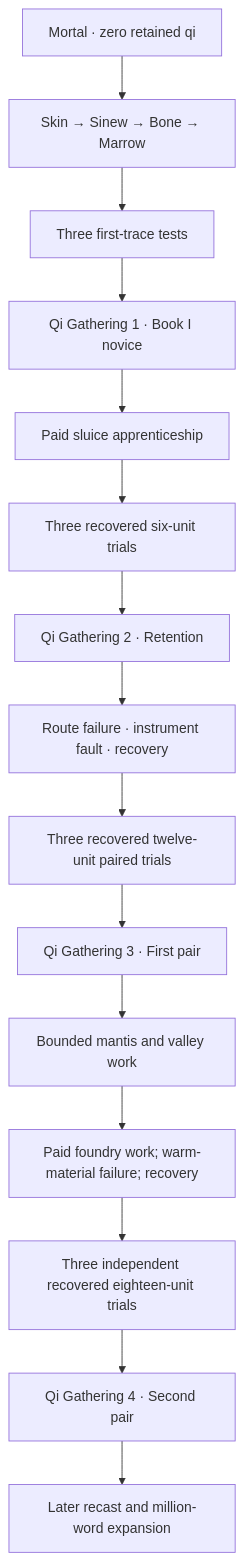
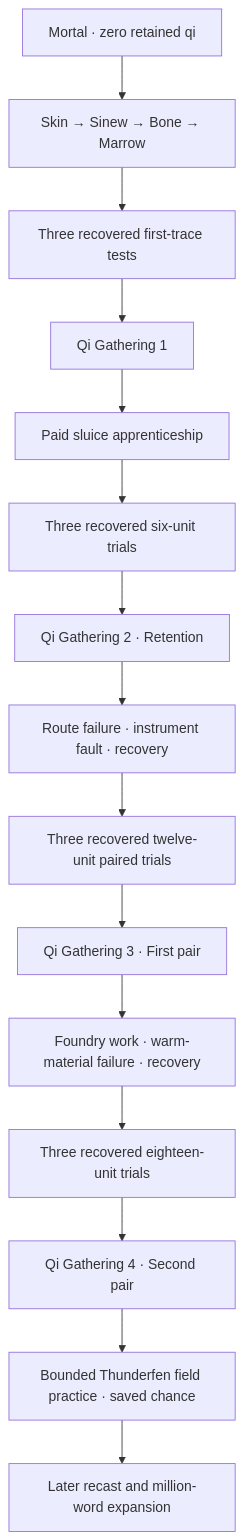
One commit to jgyy/octxian changed the diagram in docs/CULTIVATION_REWRITE.md. Above: the diagram before and after it, drawn with Mermaid. The commit also changed other lines of this file and 2 other files, not shown here.

Commit message:
ci: validate and capture the Thunderfen continuation branch

````diff
--- a/docs/CULTIVATION_REWRITE.md
+++ b/docs/CULTIVATION_REWRITE.md
@@ -51,17 +45,17 @@
 ```mermaid
 flowchart TD
     Mortal["Mortal · zero retained qi"] --> Body["Skin → Sinew → Bone → Marrow"]
-    Body --> Trace["Three first-trace tests"]
-    Trace --> One["Qi Gathering 1 · Book I novice"]
+    Body --> Trace["Three recovered first-trace tests"]
+    Trace --> One["Qi Gathering 1"]
     One --> Sluice["Paid sluice apprenticeship"]
     Sluice --> Retention["Three recovered six-unit trials"]
     Retention --> Two["Qi Gathering 2 · Retention"]
     Two --> Failure["Route failure · instrument fault · recovery"]
     Failure --> Pair["Three recovered twelve-unit paired trials"]
     Pair --> Three["Qi Gathering 3 · First pair"]
-    Three --> Work["Bounded mantis and valley work"]
-    Work --> Foundry["Paid foundry work; warm-material failure; recovery"]
-    Foundry --> Trials4["Three independent recovered eighteen-unit trials"]
+    Three --> Foundry["Foundry work · warm-material failure · recovery"]
+    Foundry --> Trials4["Three recovered eighteen-unit trials"]
     Trials4 --> Four["Qi Gathering 4 · Second pair"]
-    Four --> Remaining["Later recast and million-word expansion"]
+    Four --> Thunderfen["Bounded Thunderfen field practice · saved chance"]
+    Thunderfen --> Remaining["Later recast and million-word expansion"]
 ```
````
